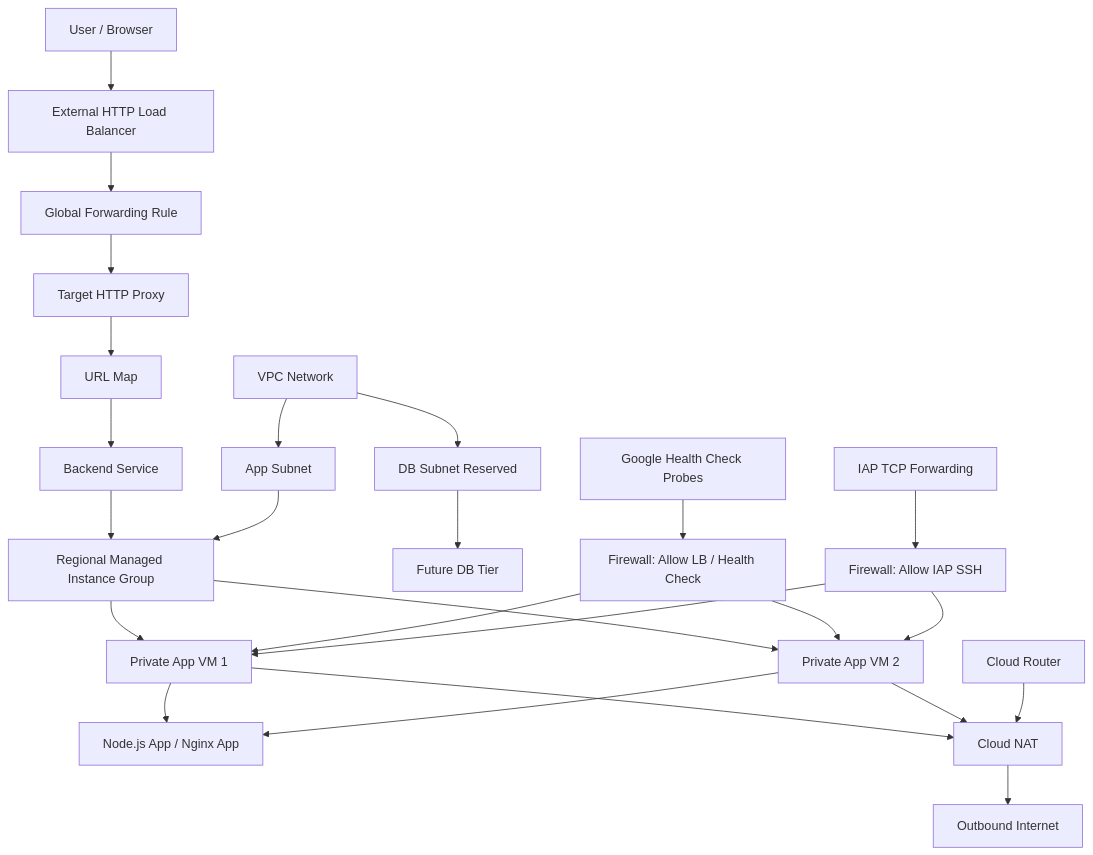
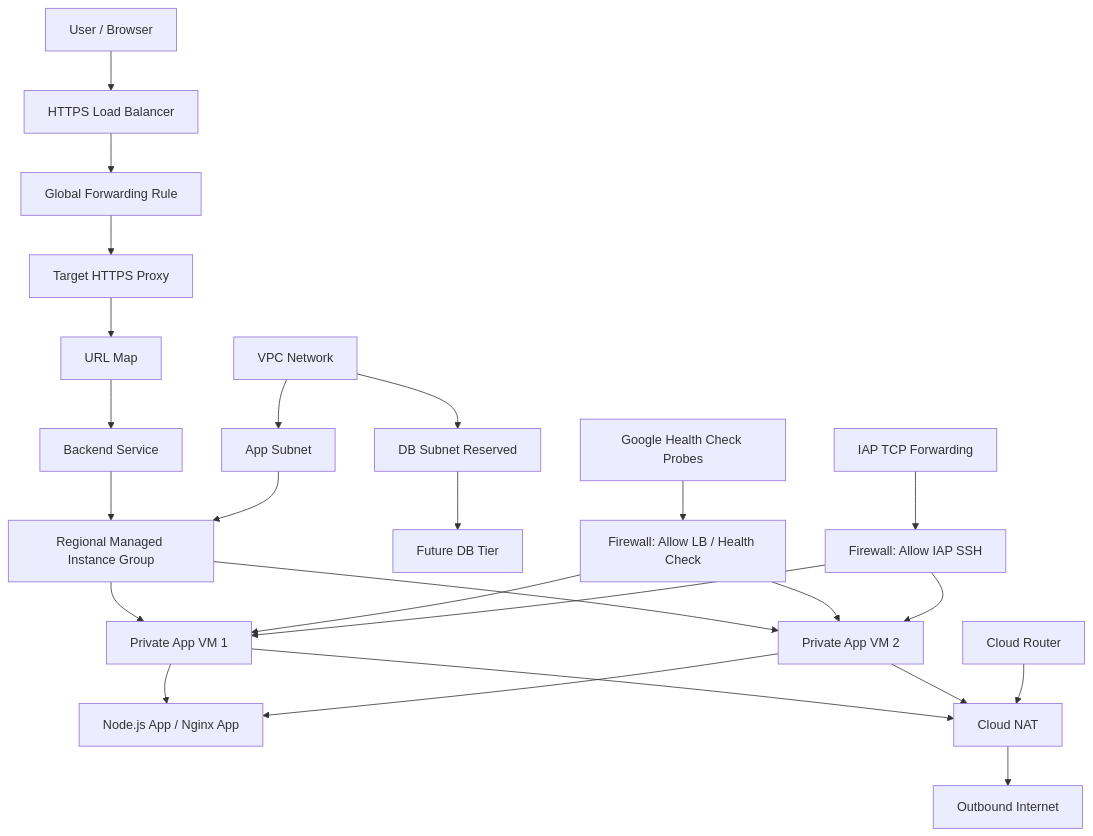
One commit to abrahamparn/terraform-gcp-production-lite-web-platform changed the diagram in README.md. Above: the diagram before and after it, drawn with Mermaid. The commit also changed other lines of this file and 14 other files, not shown here.

````diff
--- a/README.md
+++ b/README.md
@@ -136,36 +137,36 @@
 ```mermaid
 flowchart TD
-    User[User / Browser] --> LB[External HTTP Load Balancer]
+    User[User / Browser] --> LB[HTTPS Load Balancer]
 
     LB --> FR[Global Forwarding Rule]
-    FR --> Proxy[Target HTTP Proxy]
+    FR --> Proxy[Target HTTPS Proxy]
     Proxy --> URLMap[URL Map]
     URLMap --> Backend[Backend Service]
     Backend --> MIG[Regional Managed Instance Group]
 
     MIG --> VM1[Private App VM 1]
     MIG --> VM2[Private App VM 2]
 
     VM1 --> App[Node.js App / Nginx App]
     VM2 --> App
 
     VM1 --> NAT[Cloud NAT]
     VM2 --> NAT
     NAT --> Internet[Outbound Internet]
 
     Router[Cloud Router] --> NAT
 
     VPC[VPC Network] --> AppSubnet[App Subnet]
     VPC --> DBSubnet[DB Subnet Reserved]
 
     AppSubnet --> MIG
     DBSubnet --> FutureDB[Future DB Tier]
 
     HC[Google Health Check Probes] --> FWLB[Firewall: Allow LB / Health Check]
     FWLB --> VM1
     FWLB --> VM2
 
     IAP[IAP TCP Forwarding] --> FWIAP[Firewall: Allow IAP SSH]
     FWIAP --> VM1
     FWIAP --> VM2
 ```
````
